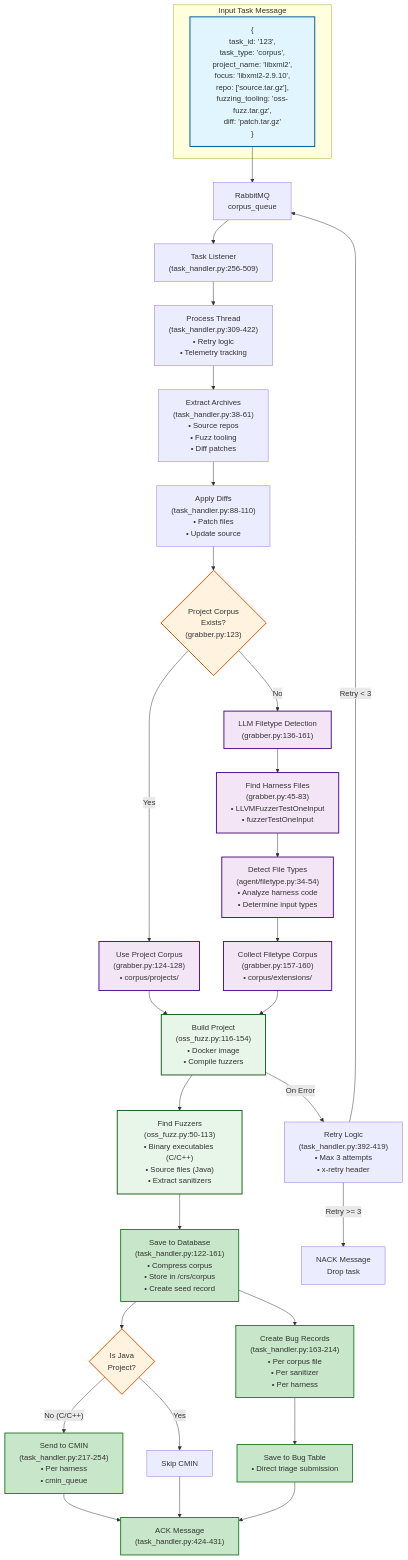
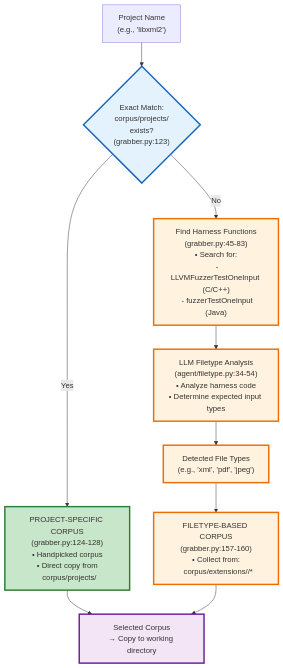
One commit to Team-Atlanta/42-directed changed the diagram in notes/src/corpus_grabber.md. Above: the diagram before and after it, drawn with Mermaid. The commit also changed other lines of this file, not shown here.

Commit message:
update corpus grabber md, answering more questions

````diff
--- a/notes/src/corpus_grabber.md
+++ b/notes/src/corpus_grabber.md
@@ -28,75 +28,34 @@
 ```mermaid
 graph TB
-    %% Input Task
-    subgraph "Input Task Message"
-        TASK["{<br/>task_id: '123',<br/>task_type: 'corpus',<br/>project_name: 'libxml2',<br/>focus: 'libxml2-2.9.10',<br/>repo: ['source.tar.gz'],<br/>fuzzing_tooling: 'oss-fuzz.tar.gz',<br/>diff: 'patch.tar.gz'<br/>}"]
-    end
-    
-    %% Task Reception
-    QUEUE["RabbitMQ<br/>corpus_queue"] --> LISTENER["Task Listener<br/>(task_handler.py:256-509)"]
-    TASK --> QUEUE
-    
-    %% Thread Processing
-    LISTENER --> THREAD["Process Thread<br/>(task_handler.py:309-422)<br/>• Retry logic<br/>• Telemetry tracking"]
-    
-    %% Archive Extraction
-    THREAD --> EXTRACT["Extract Archives<br/>(task_handler.py:38-61)<br/>• Source repos<br/>• Fuzz tooling<br/>• Diff patches"]
-    
-    EXTRACT --> PATCH["Apply Diffs<br/>(task_handler.py:88-110)<br/>• Patch files<br/>• Update source"]
-    
-    %% Corpus Acquisition Strategy
-    PATCH --> CORPUS_CHECK{"Project Corpus<br/>Exists?<br/>(grabber.py:123)"}
-    
-    CORPUS_CHECK -->|"Yes"| PROJECT_CORPUS["Use Project Corpus<br/>(grabber.py:124-128)<br/>• corpus/projects/<project>"]
-    
-    CORPUS_CHECK -->|"No"| LLM_DETECT["LLM Filetype Detection<br/>(grabber.py:136-161)"]
-    
-    %% LLM Detection Process
-    LLM_DETECT --> FIND_HARNESS["Find Harness Files<br/>(grabber.py:45-83)<br/>• LLVMFuzzerTestOneInput<br/>• fuzzerTestOneInput"]
-    
-    FIND_HARNESS --> DETECT_TYPE["Detect File Types<br/>(agent/filetype.py:34-54)<br/>• Analyze harness code<br/>• Determine input types"]
-    
-    DETECT_TYPE --> FILETYPE_CORPUS["Collect Filetype Corpus<br/>(grabber.py:157-160)<br/>• corpus/extensions/<type>"]
-    
-    %% Build and Discovery
-    PROJECT_CORPUS --> BUILD["Build Project<br/>(oss_fuzz.py:116-154)<br/>• Docker image<br/>• Compile fuzzers"]
-    FILETYPE_CORPUS --> BUILD
-    
-    BUILD --> FIND_FUZZERS["Find Fuzzers<br/>(oss_fuzz.py:50-113)<br/>• Binary executables (C/C++)<br/>• Source files (Java)<br/>• Extract sanitizers"]
-    
-    %% Storage and Distribution
-    FIND_FUZZERS --> SAVE_DB["Save to Database<br/>(task_handler.py:122-161)<br/>• Compress corpus<br/>• Store in /crs/corpus<br/>• Create seed record"]
-    
-    SAVE_DB --> LANGUAGE_CHECK{"Is Java<br/>Project?"}
-    
-    LANGUAGE_CHECK -->|"No (C/C++)"| CMIN["Send to CMIN<br/>(task_handler.py:217-254)<br/>• Per harness<br/>• cmin_queue"]
-    
-    LANGUAGE_CHECK -->|"Yes"| SKIP_CMIN["Skip CMIN"]
-    
-    %% Bug Creation for Triage
-    SAVE_DB --> CREATE_BUGS["Create Bug Records<br/>(task_handler.py:163-214)<br/>• Per corpus file<br/>• Per sanitizer<br/>• Per harness"]
-    
-    CREATE_BUGS --> TRIAGE_DB["Save to Bug Table<br/>• Direct triage submission"]
-    
-    %% Success and Error Handling
-    CMIN --> ACK["ACK Message<br/>(task_handler.py:424-431)"]
-    SKIP_CMIN --> ACK
-    TRIAGE_DB --> ACK
-    
-    BUILD --> |"On Error"| RETRY["Retry Logic<br/>(task_handler.py:392-419)<br/>• Max 3 attempts<br/>• x-retry header"]
-    RETRY --> |"Retry < 3"| QUEUE
-    RETRY --> |"Retry >= 3"| NACK["NACK Message<br/>Drop task"]
-    
+    %% Input
+    INPUT["Project Name<br/>(e.g., 'libxml2')"]
+
+    %% Exact Match Strategy
+    INPUT --> CHECK{"Exact Match:<br/>corpus/projects/<project_name><br/>exists?<br/>(grabber.py:123)"}
+
+    CHECK -->|"Yes"| PROJECT["PROJECT-SPECIFIC CORPUS<br/>(grabber.py:124-128)<br/>• Handpicked corpus<br/>• Direct copy from<br/>  corpus/projects/<project_name>"]
+
+    CHECK -->|"No"| HARNESS["Find Harness Functions<br/>(grabber.py:45-83)<br/>• Search for:<br/>  - LLVMFuzzerTestOneInput (C/C++)<br/>  - fuzzerTestOneInput (Java)"]
+
+    %% LLM Filetype Detection
+    HARNESS --> LLM["LLM Filetype Analysis<br/>(agent/filetype.py:34-54)<br/>• Analyze harness code<br/>• Determine expected input types"]
+
+    LLM --> TYPES["Detected File Types<br/>(e.g., 'xml', 'pdf', 'jpeg')"]
+
+    TYPES --> FILETYPE["FILETYPE-BASED CORPUS<br/>(grabber.py:157-160)<br/>• Collect from:<br/>  corpus/extensions/<type>/*"]
+
+    %% Output
+    PROJECT --> OUTPUT["Selected Corpus<br/>→ Copy to working directory"]
+    FILETYPE --> OUTPUT
+
     %% Styling
-    classDef input fill:#e1f5fe,stroke:#01579b,stroke-width:2px
-    classDef decision fill:#fff3e0,stroke:#e65100,stroke-width:2px
-    classDef corpus fill:#f3e5f5,stroke:#4a148c,stroke-width:2px
-    classDef build fill:#e8f5e9,stroke:#1b5e20,stroke-width:2px
-    classDef output fill:#c8e6c9,stroke:#2e7d32,stroke-width:2px
-    
-    class TASK input
-    class CORPUS_CHECK,LANGUAGE_CHECK decision
-    class PROJECT_CORPUS,LLM_DETECT,FIND_HARNESS,DETECT_TYPE,FILETYPE_CORPUS corpus
-    class BUILD,FIND_FUZZERS build
-    class SAVE_DB,CMIN,CREATE_BUGS,TRIAGE_DB,ACK output
+    classDef match fill:#e3f2fd,stroke:#1565c0,stroke-width:3px
+    classDef project fill:#c8e6c9,stroke:#2e7d32,stroke-width:3px
+    classDef llm fill:#fff3e0,stroke:#ef6c00,stroke-width:3px
+    classDef output fill:#f3e5f5,stroke:#6a1b9a,stroke-width:3px
+
+    class CHECK match
+    class PROJECT project
+    class LLM,HARNESS,TYPES,FILETYPE llm
+    class OUTPUT output
 ```
````
